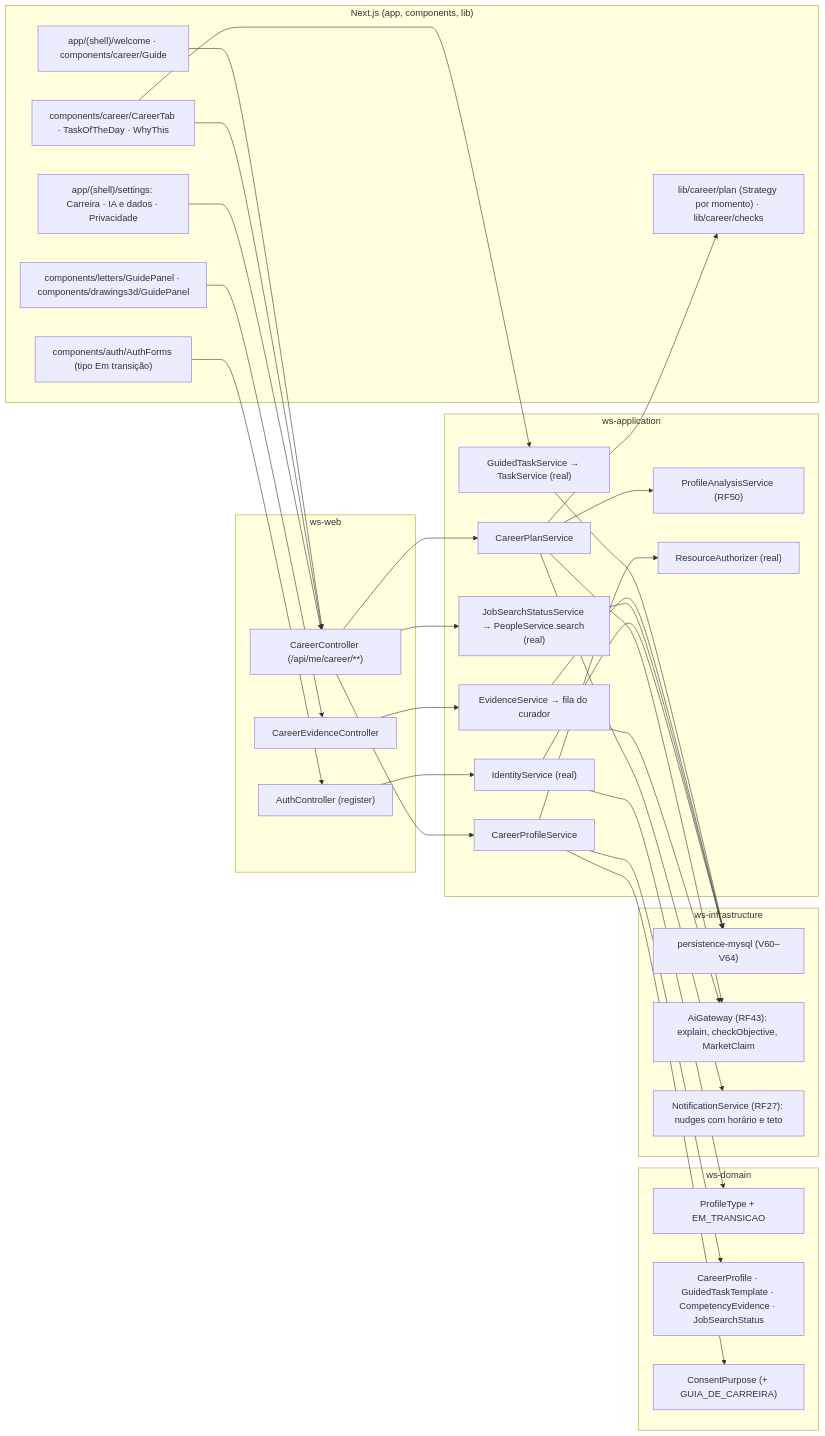
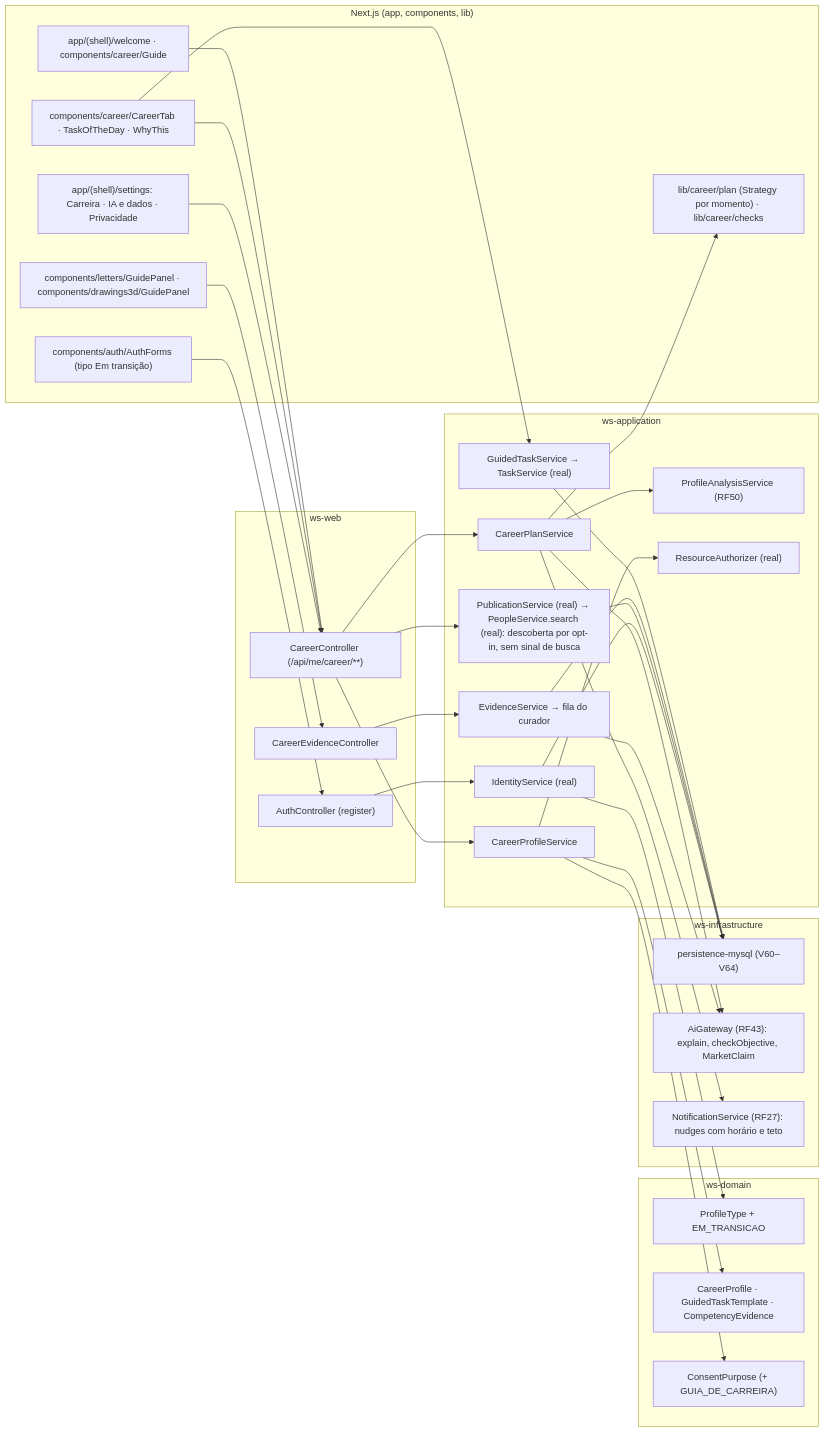
One commit to MatheusHaliski/Decia-app-2026 changed the sixth of 6 diagrams in docs/diagramas/RF75/README.md. Above: the diagram before and after it, drawn with Mermaid. The commit also changed other lines of this file and 3 other files, not shown here.

First line of the commit message:
docs(rf75): D-147 decidida — manter o padrão: sem sinal de busca nem salário

````diff
--- a/docs/diagramas/RF75/README.md
+++ b/docs/diagramas/RF75/README.md
@@ -445,49 +409,49 @@
 ```mermaid
 flowchart LR
   subgraph WEB["Next.js (app, components, lib)"]
     REG["components/auth/AuthForms (tipo Em transição)"]
     WEL["app/(shell)/welcome · components/career/Guide"]
     CAR["components/career/CareerTab · TaskOfTheDay · WhyThis"]
     SET["app/(shell)/settings: Carreira · IA e dados · Privacidade"]
     GUI["components/letters/GuidePanel · components/drawings3d/GuidePanel"]
     PLN["lib/career/plan (Strategy por momento) · lib/career/checks"]
   end
   subgraph WSWEB["ws-web"]
     AC["AuthController (register)"]
     CC["CareerController (/api/me/career/**)"]
     EC["CareerEvidenceController"]
   end
   subgraph APP["ws-application"]
     IDS["IdentityService (real)"]
     CPS["CareerProfileService"]
     CPL["CareerPlanService"]
     GTS["GuidedTaskService → TaskService (real)"]
     EVS["EvidenceService → fila do curador"]
-    JSS["JobSearchStatusService → PeopleService.search (real)"]
+    PUB["PublicationService (real) → PeopleService.search (real): descoberta por opt-in, sem sinal de busca"]
     PAS["ProfileAnalysisService (RF50)"]
     RA["ResourceAuthorizer (real)"]
   end
   subgraph DOM["ws-domain"]
     PT["ProfileType + EM_TRANSICAO"]
-    CPR["CareerProfile · GuidedTaskTemplate · CompetencyEvidence · JobSearchStatus"]
+    CPR["CareerProfile · GuidedTaskTemplate · CompetencyEvidence"]
     CONS["ConsentPurpose (+ GUIA_DE_CARREIRA)"]
   end
   subgraph INFRA["ws-infrastructure"]
     MYSQL["persistence-mysql (V60–V64)"]
     AIG["AiGateway (RF43): explain, checkObjective, MarketClaim"]
     NOTIF["NotificationService (RF27): nudges com horário e teto"]
   end
   REG --> AC --> IDS --> PT
   WEL --> CC --> CPS --> CPR
   CAR --> CC --> CPL --> PLN
   CPL --> AIG
   CAR --> GTS --> MYSQL
   GUI --> EC --> EVS --> MYSQL
   EVS --> AIG
-  SET --> CC --> JSS --> MYSQL
+  SET --> CC --> PUB --> MYSQL
   CPS --> RA
   CPL --> PAS
   CPS --> CONS
   CPL --> NOTIF
   IDS --> MYSQL
 ```
````
